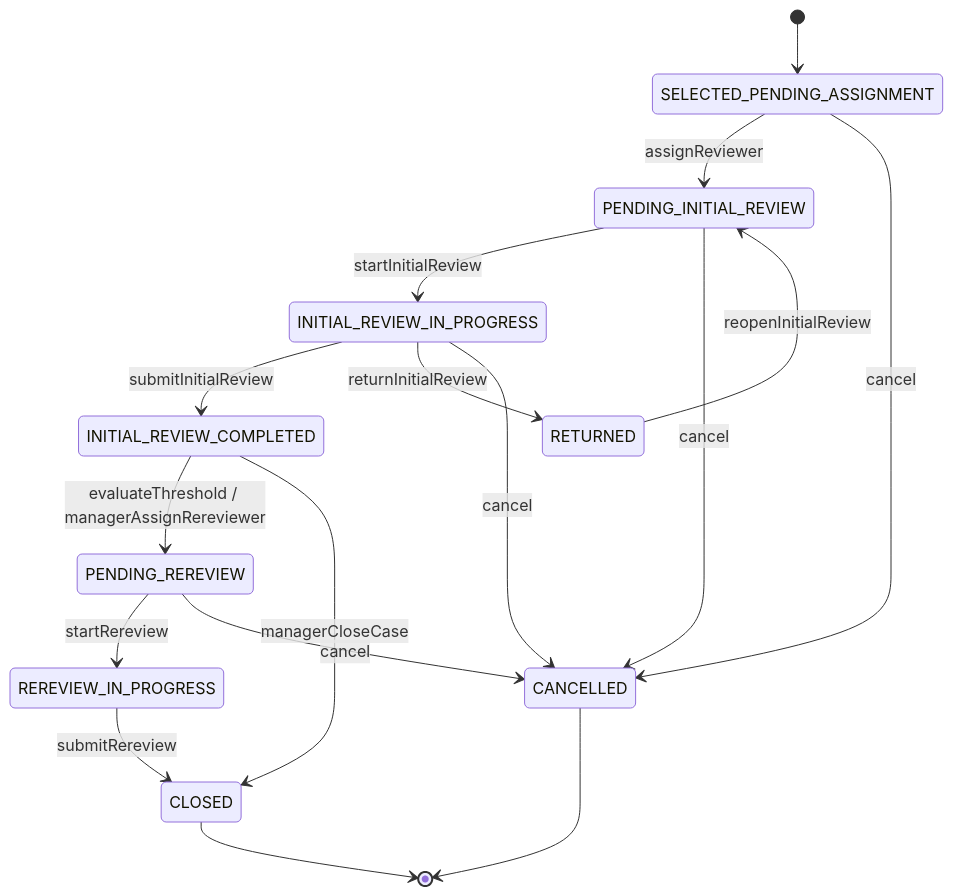
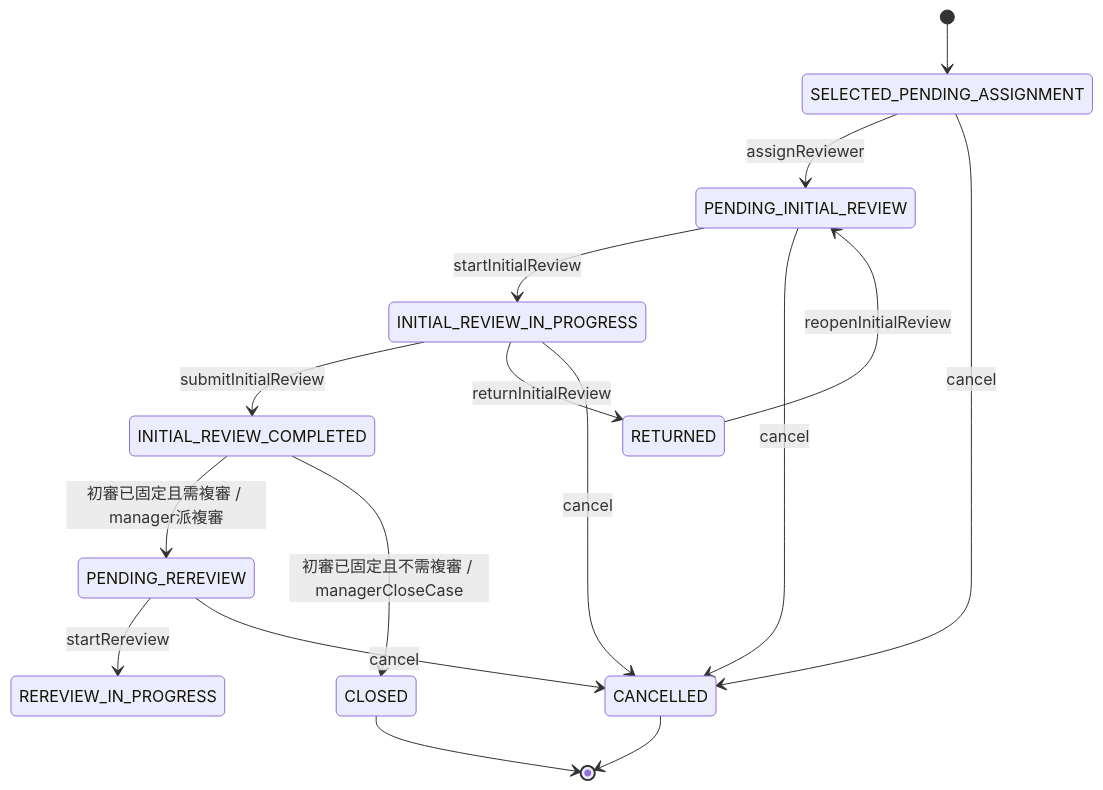
One commit to tsengeagle/quality-inspection changed the first of 3 diagrams in docs/02-ddd/state-machine.md. Above: the diagram before and after it, drawn with Mermaid. The commit also changed other lines of this file and 31 other files, not shown here.

````diff
--- a/docs/02-ddd/state-machine.md
+++ b/docs/02-ddd/state-machine.md
@@ -100,27 +101,28 @@
 ```mermaid
 stateDiagram-v2
   [*] --> SELECTED_PENDING_ASSIGNMENT
 
   SELECTED_PENDING_ASSIGNMENT --> PENDING_INITIAL_REVIEW: assignReviewer
   SELECTED_PENDING_ASSIGNMENT --> CANCELLED: cancel
 
   PENDING_INITIAL_REVIEW --> INITIAL_REVIEW_IN_PROGRESS: startInitialReview
   PENDING_INITIAL_REVIEW --> CANCELLED: cancel
 
   INITIAL_REVIEW_IN_PROGRESS --> INITIAL_REVIEW_COMPLETED: submitInitialReview
   INITIAL_REVIEW_IN_PROGRESS --> RETURNED: returnInitialReview
   INITIAL_REVIEW_IN_PROGRESS --> CANCELLED: cancel
 
   RETURNED --> PENDING_INITIAL_REVIEW: reopenInitialReview
 
-  INITIAL_REVIEW_COMPLETED --> PENDING_REREVIEW: evaluateThreshold / managerAssignRereviewer
-  INITIAL_REVIEW_COMPLETED --> CLOSED: managerCloseCase
+  INITIAL_REVIEW_COMPLETED --> PENDING_REREVIEW: 初審已固定且需複審 / manager派複審
+  INITIAL_REVIEW_COMPLETED --> CLOSED: 初審已固定且不需複審 / managerCloseCase
 
   PENDING_REREVIEW --> REREVIEW_IN_PROGRESS: startRereview
   PENDING_REREVIEW --> CANCELLED: cancel
 
-  REREVIEW_IN_PROGRESS --> CLOSED: submitRereview
+  %% submitRereview 不轉 CLOSED；提交後狀態表示 unknown，不在本輪新增 enum
+  %% 原複審提交者具資格時正式結案並固定結果，才進 CLOSED
 
   CLOSED --> [*]
   CANCELLED --> [*]
 ```
````
